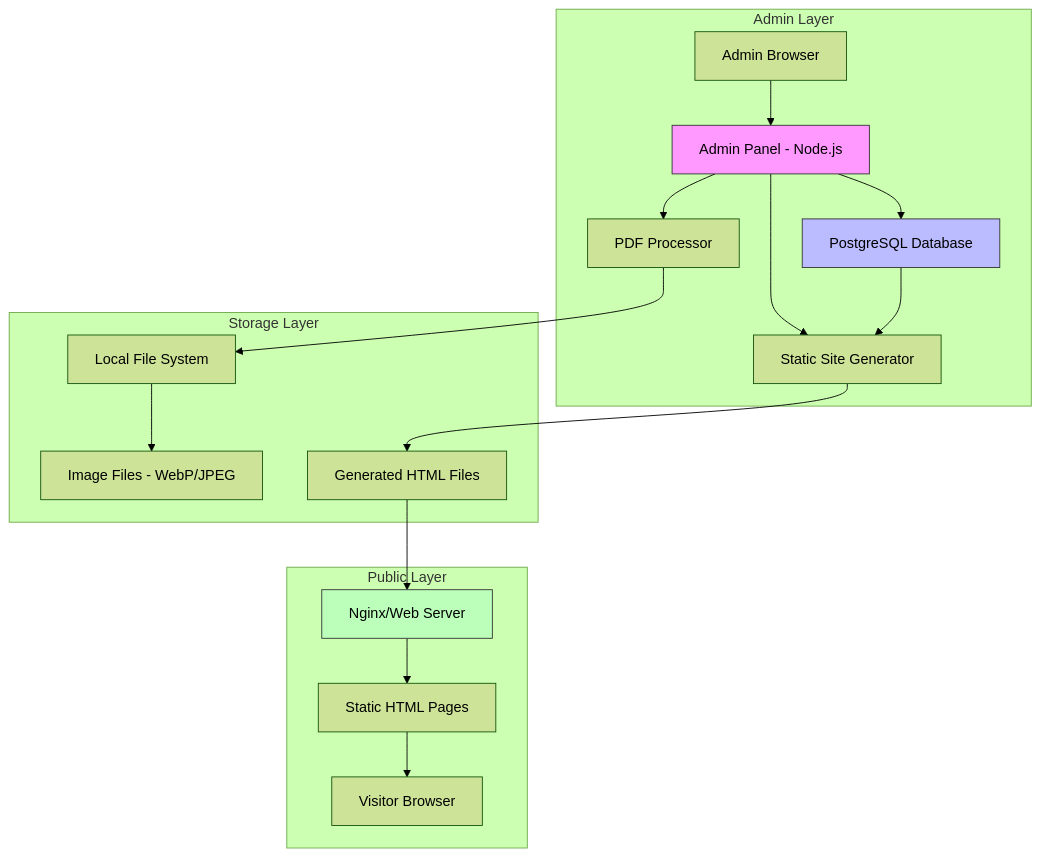
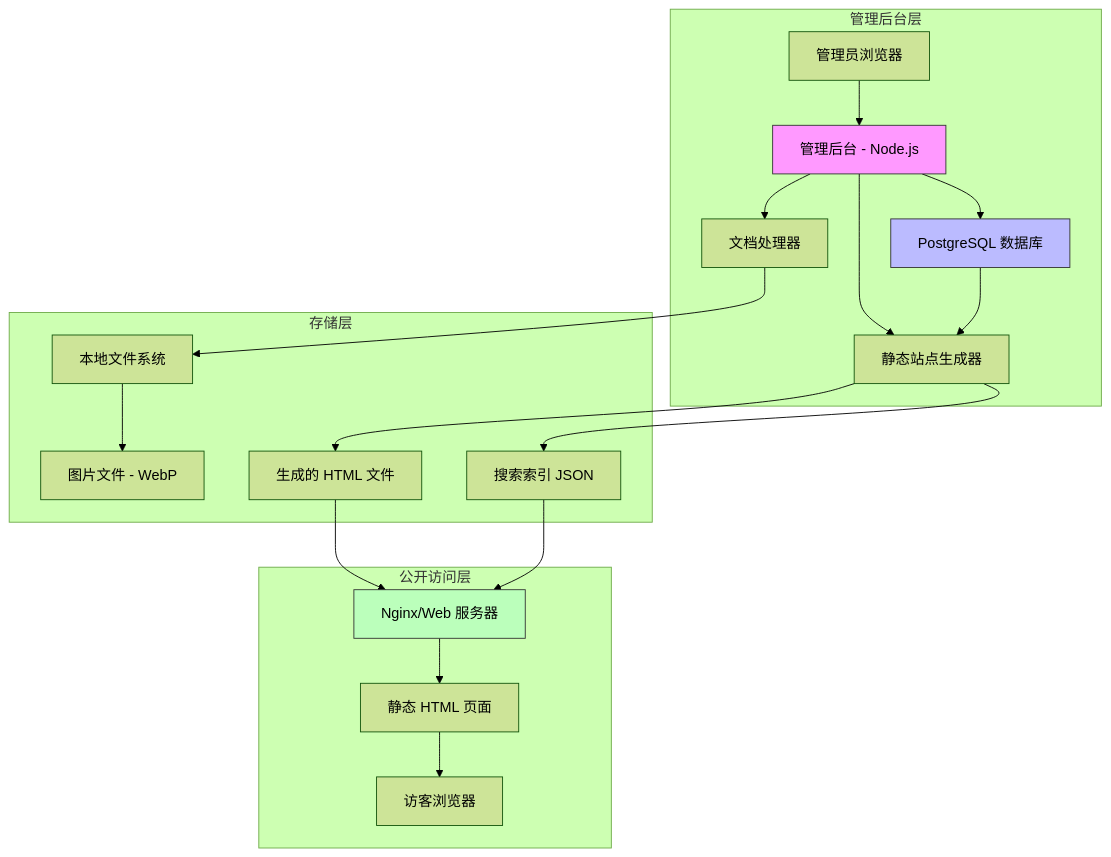
The first of 3 diagrams in .monkeycode/specs/online-manual-viewer/design.md (mp744449986/wendang), drawn with Mermaid (forest theme) before and after one commit. The commit also changed other lines of this file, not shown here.

````diff
--- a/.monkeycode/specs/online-manual-viewer/design.md
+++ b/.monkeycode/specs/online-manual-viewer/design.md
@@ -19,33 +21,36 @@
 ```mermaid
 flowchart TB
-    subgraph "Admin Layer"
-        A[Admin Browser] --> B[Admin Panel - Node.js]
-        B --> C[PDF Processor]
-        B --> D[PostgreSQL Database]
-        B --> E[Static Site Generator]
+    subgraph "管理后台层"
+        A[管理员浏览器] --> B[管理后台 - Node.js]
+        B --> C[文档处理器]
+        B --> D[PostgreSQL 数据库]
+        B --> E[静态站点生成器]
     end
 
-    subgraph "Storage Layer"
-        F[Local File System]
-        G[Image Files - WebP/JPEG]
-        H[Generated HTML Files]
+    subgraph "存储层"
+        F[本地文件系统]
+        G[图片文件 - WebP]
+        H[生成的 HTML 文件]
+        I[搜索索引 JSON]
     end
 
-    subgraph "Public Layer"
-        I[Nginx/Web Server]
-        J[Static HTML Pages]
-        K[Visitor Browser]
+    subgraph "公开访问层"
+        J[Nginx/Web 服务器]
+        K[静态 HTML 页面]
+        L[访客浏览器]
     end
 
     C --> F
     E --> H
+    E --> I
     D --> E
     F --> G
-    H --> I
+    H --> J
     I --> J
     J --> K
+    K --> L
 
     style B fill:#f9f,stroke:#333
     style D fill:#bbf,stroke:#333
-    style I fill:#bfb,stroke:#333
+    style J fill:#bfb,stroke:#333
 ```
````
